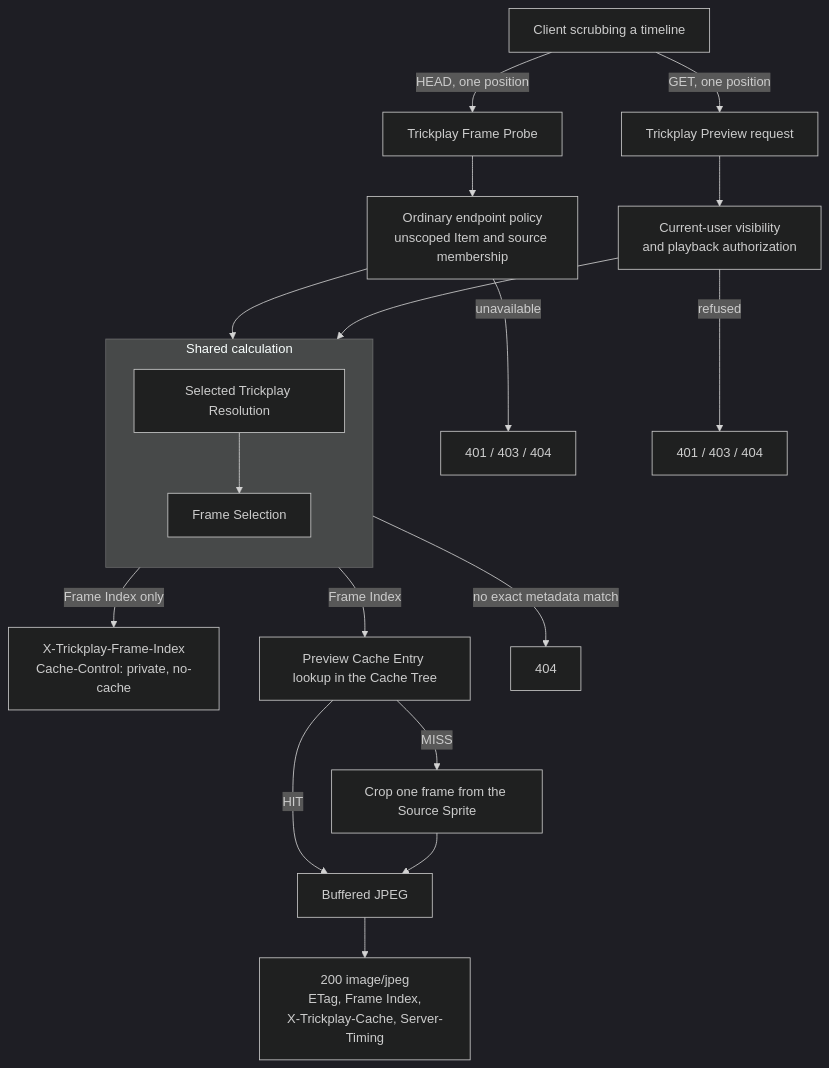
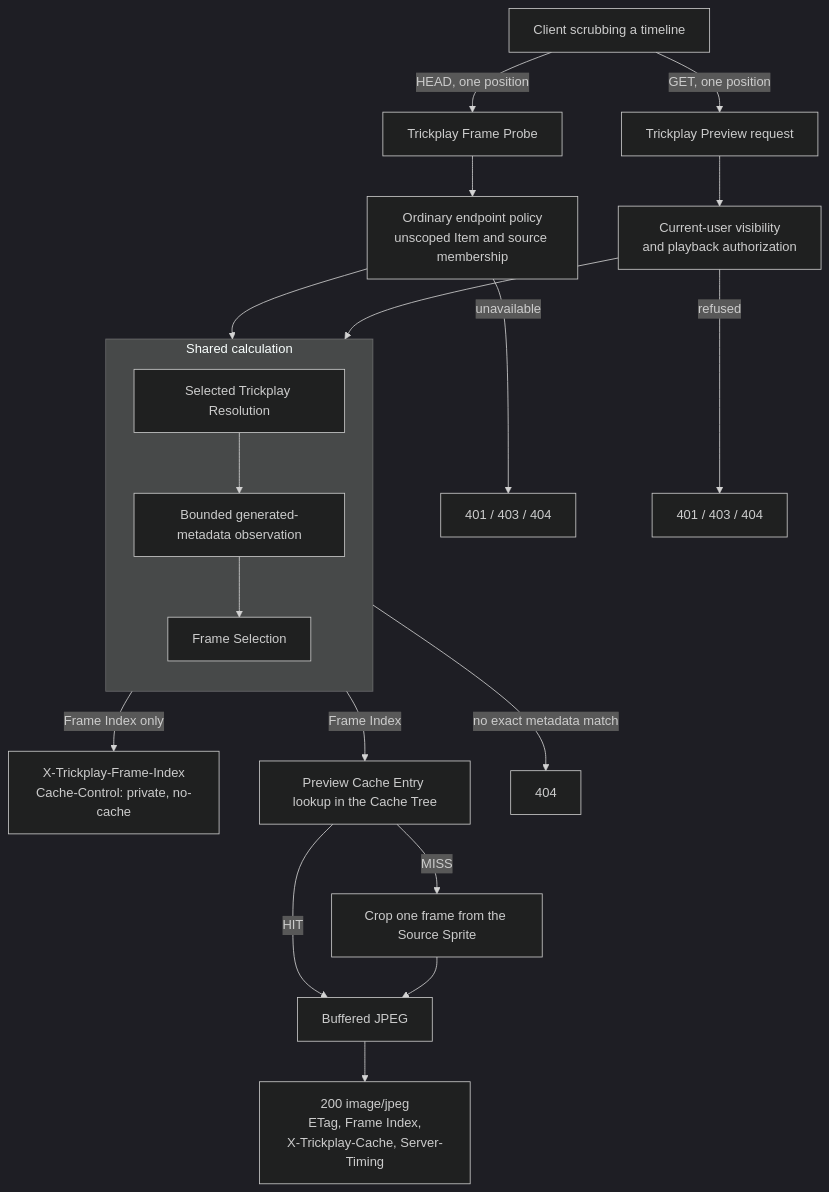
The diagram in docs/business/lifecycle/README.md (xiakeng/trickplay-cropper), drawn with Mermaid (dark theme) before and after one commit. The commit also changed other lines of this file and 30 other files, not shown here.

````diff
--- a/docs/business/lifecycle/README.md
+++ b/docs/business/lifecycle/README.md
@@ -21,29 +22,30 @@
 ```mermaid
 flowchart TD
     Client["Client scrubbing a timeline"]
 
     Client -->|"HEAD, one position"| Probe["Trickplay Frame Probe"]
     Client -->|"GET, one position"| Request["Trickplay Preview request"]
 
     Probe --> ProbeSource["Ordinary endpoint policy<br/>unscoped Item and source membership"]
     Request --> PreviewAuth["Current-user visibility<br/>and playback authorization"]
     ProbeSource --> Pipeline
     PreviewAuth --> Pipeline
 
     subgraph Pipeline["Shared calculation"]
         direction TB
         Resolution["Selected Trickplay Resolution"]
-        Resolution --> Selection["Frame Selection"]
+        Resolution --> Metadata["Bounded generated-metadata observation"]
+        Metadata --> Selection["Frame Selection"]
     end
 
     Selection -->|"Frame Index only"| ProbeAnswer["X-Trickplay-Frame-Index<br/>Cache-Control: private, no-cache"]
     Selection -->|"Frame Index"| Cache["Preview Cache Entry lookup in the Cache Tree"]
     Cache -->|"HIT"| Buffer["Buffered JPEG"]
     Cache -->|"MISS"| Generate["Crop one frame from the Source Sprite"]
     Generate --> Buffer
     Buffer --> Answer["200 image/jpeg<br/>ETag, Frame Index,<br/>X-Trickplay-Cache, Server-Timing"]
 
     ProbeSource -->|"unavailable"| RefusedProbe["401 / 403 / 404"]
     PreviewAuth -->|"refused"| RefusedAuth["401 / 403 / 404"]
     Resolution -->|"no exact metadata match"| RefusedResolution["404"]
 ```
````
